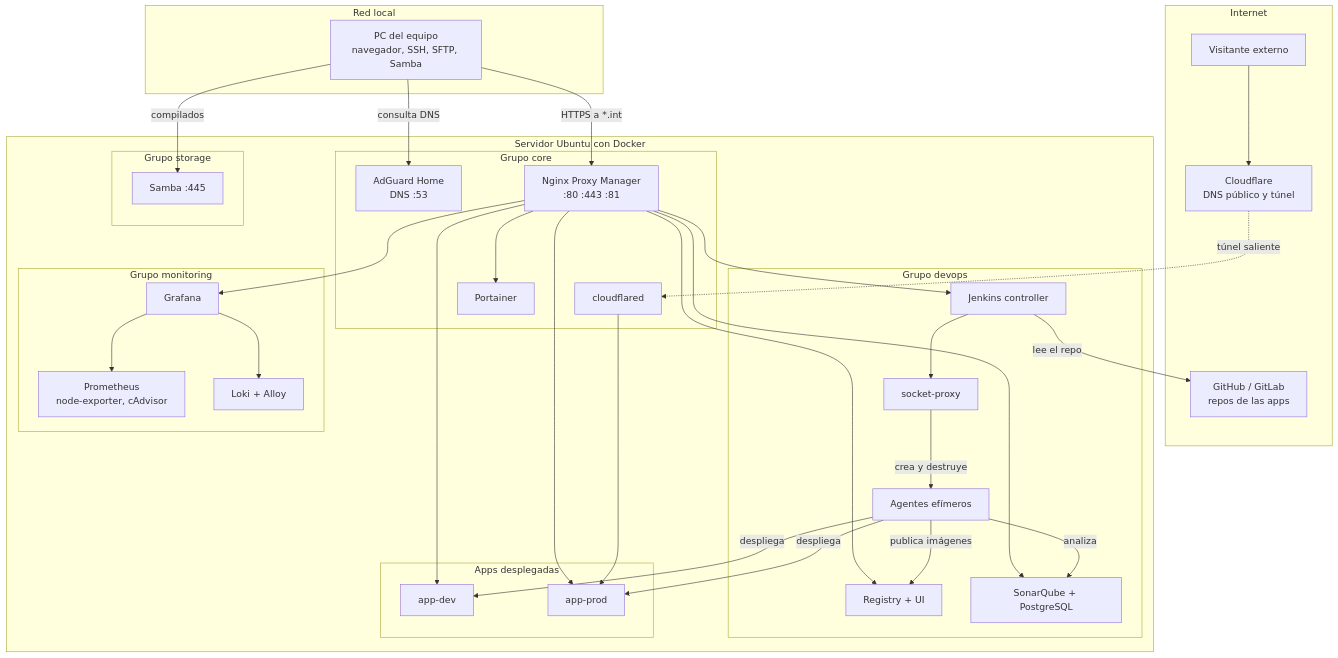
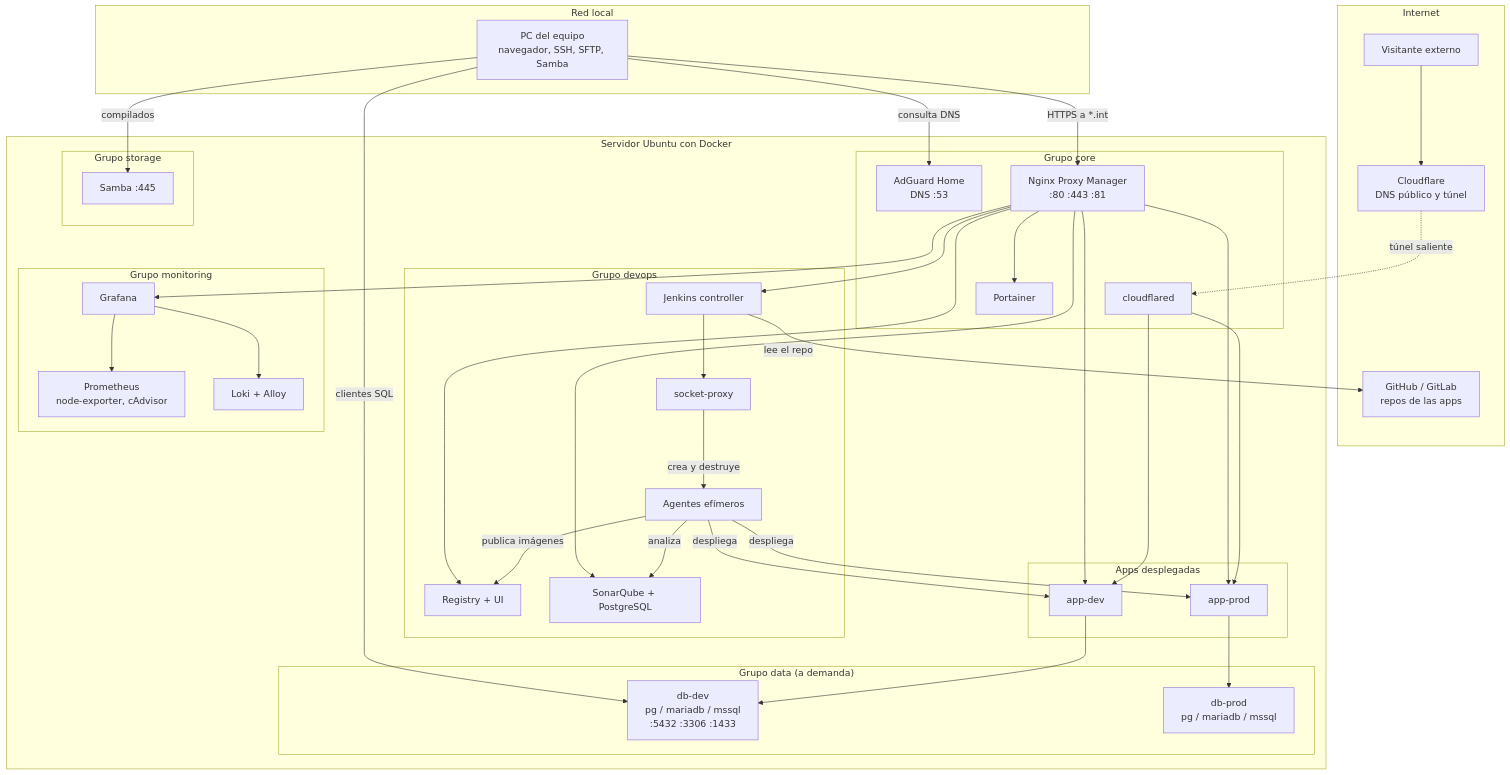
One commit to TorresMBA/mercury-devops-lab changed the first of 2 diagrams in docs/arquitectura/06-arquitectura.md. Above: the diagram before and after it, drawn with Mermaid. The commit also changed other lines of this file and 22 other files, not shown here.

First line of the commit message:
docs: túnel hacia dev y prod, tabla de reconstrucción y lista de no verificado al día

````diff
--- a/docs/arquitectura/06-arquitectura.md
+++ b/docs/arquitectura/06-arquitectura.md
@@ -7,63 +7,71 @@
 ```mermaid
 flowchart TB
   subgraph ext["Internet"]
     visitor["Visitante externo"]
     cf["Cloudflare<br/>DNS público y túnel"]
     scm["GitHub / GitLab<br/>repos de las apps"]
   end
 
   subgraph lan["Red local"]
     pc["PC del equipo<br/>navegador, SSH, SFTP, Samba"]
   end
 
   subgraph srv["Servidor Ubuntu con Docker"]
     subgraph core["Grupo core"]
       adguard["AdGuard Home<br/>DNS :53"]
       npm["Nginx Proxy Manager<br/>:80 :443 :81"]
       cloudflared["cloudflared"]
       portainer["Portainer"]
     end
     subgraph devops["Grupo devops"]
       jenkins["Jenkins controller"]
       proxy["socket-proxy"]
       agents["Agentes efímeros"]
       registry["Registry + UI"]
       sonar["SonarQube + PostgreSQL"]
     end
     subgraph mon["Grupo monitoring"]
       prom["Prometheus<br/>node-exporter, cAdvisor"]
       loki["Loki + Alloy"]
       grafana["Grafana"]
     end
     subgraph sto["Grupo storage"]
       samba["Samba :445"]
     end
+    subgraph data["Grupo data (a demanda)"]
+      dbdev["db-dev<br/>pg / mariadb / mssql<br/>:5432 :3306 :1433"]
+      dbprod["db-prod<br/>pg / mariadb / mssql"]
+    end
     subgraph apps["Apps desplegadas"]
       dev["app-dev"]
       prod["app-prod"]
     end
   end
 
   pc -->|"consulta DNS"| adguard
   pc -->|"HTTPS a *.int"| npm
   pc -->|"compilados"| samba
   npm --> jenkins
   npm --> registry
   npm --> sonar
   npm --> grafana
   npm --> portainer
   npm --> dev
   npm --> prod
   visitor --> cf
   cf -.->|"túnel saliente"| cloudflared
+  cloudflared --> dev
   cloudflared --> prod
+  pc -->|"clientes SQL"| dbdev
+  dev --> dbdev
+  prod --> dbprod
   jenkins --> proxy
   proxy -->|"crea y destruye"| agents
   jenkins -->|"lee el repo"| scm
   agents -->|"publica imágenes"| registry
   agents -->|"analiza"| sonar
   agents -->|"despliega"| dev
   agents -->|"despliega"| prod
   grafana --> prom
   grafana --> loki
 ```
````
